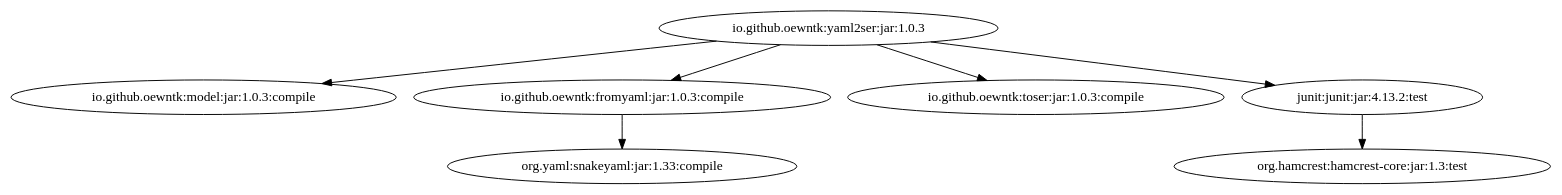
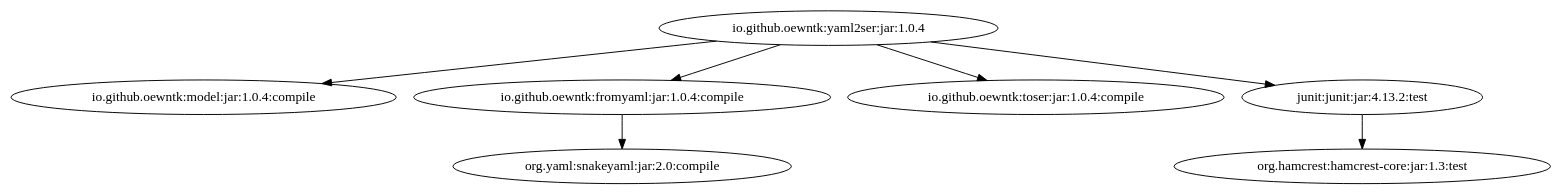
The diagram in images/grind-yaml2ser.dot (oewntk/grind_yaml2ser), drawn with Graphviz before and after one commit. The commit also changed 2 other files, not shown here.

Commit message:
1.0.4 version snakeyaml 2.0 dep

```diff
--- a/images/grind-yaml2ser.dot
+++ b/images/grind-yaml2ser.dot
@@ -1,8 +1,8 @@
-digraph "io.github.oewntk:yaml2ser:jar:1.0.3" { 
-	"io.github.oewntk:yaml2ser:jar:1.0.3" -> "io.github.oewntk:model:jar:1.0.3:compile" ; 
-	"io.github.oewntk:yaml2ser:jar:1.0.3" -> "io.github.oewntk:fromyaml:jar:1.0.3:compile" ; 
-	"io.github.oewntk:yaml2ser:jar:1.0.3" -> "io.github.oewntk:toser:jar:1.0.3:compile" ; 
-	"io.github.oewntk:yaml2ser:jar:1.0.3" -> "junit:junit:jar:4.13.2:test" ; 
-	"io.github.oewntk:fromyaml:jar:1.0.3:compile" -> "org.yaml:snakeyaml:jar:1.33:compile" ; 
+digraph "io.github.oewntk:yaml2ser:jar:1.0.4" { 
+	"io.github.oewntk:yaml2ser:jar:1.0.4" -> "io.github.oewntk:model:jar:1.0.4:compile" ; 
+	"io.github.oewntk:yaml2ser:jar:1.0.4" -> "io.github.oewntk:fromyaml:jar:1.0.4:compile" ; 
+	"io.github.oewntk:yaml2ser:jar:1.0.4" -> "io.github.oewntk:toser:jar:1.0.4:compile" ; 
+	"io.github.oewntk:yaml2ser:jar:1.0.4" -> "junit:junit:jar:4.13.2:test" ; 
+	"io.github.oewntk:fromyaml:jar:1.0.4:compile" -> "org.yaml:snakeyaml:jar:2.0:compile" ; 
 	"junit:junit:jar:4.13.2:test" -> "org.hamcrest:hamcrest-core:jar:1.3:test" ; 
  } 
```
